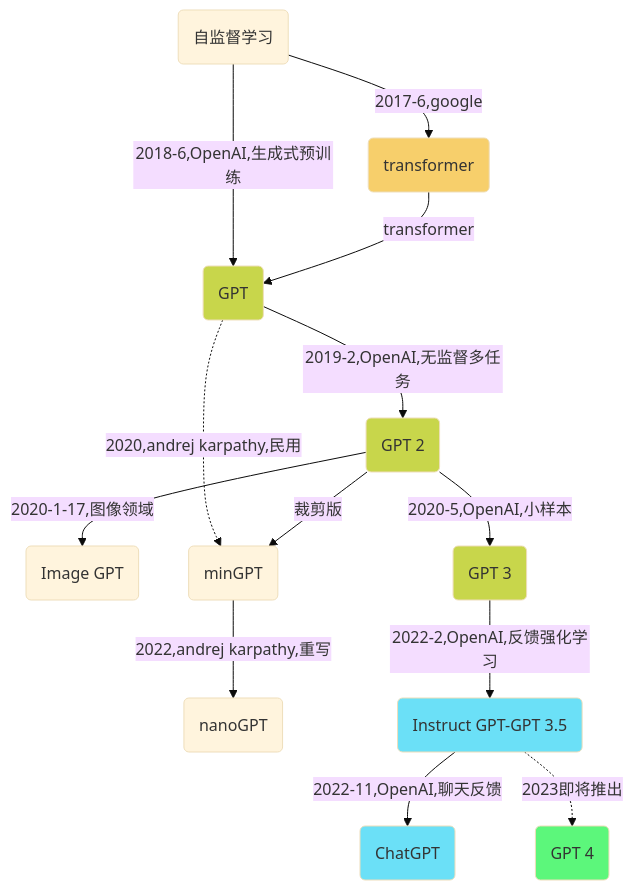
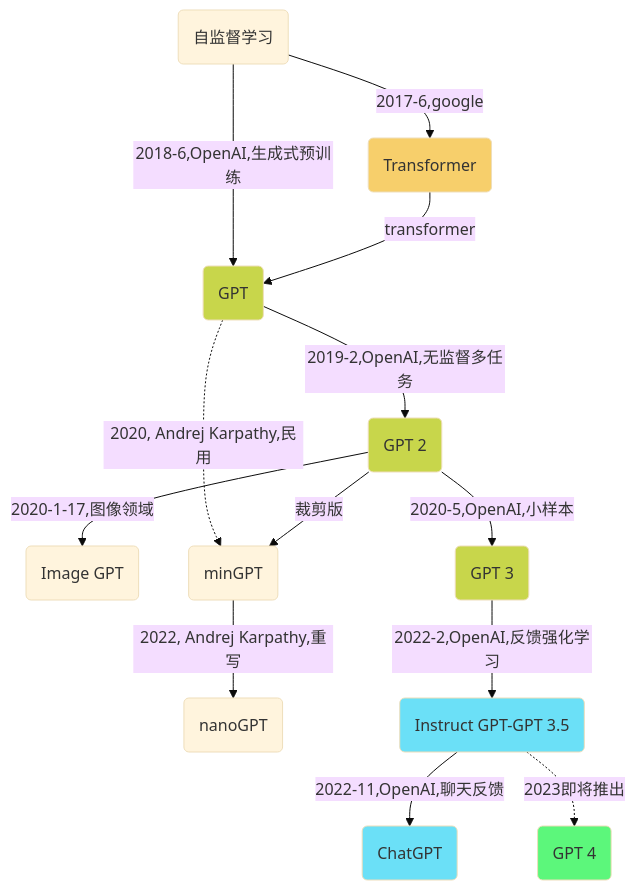
One commit to Gaohaoyang/gaohaoyang.github.io changed the first of 2 diagrams in _posts/2019-12-14-gpt.md. Above: the diagram before and after it, drawn with Mermaid (base theme). The commit also changed other lines of this file, not shown here.

```diff
--- a/_posts/2019-12-14-gpt.md
+++ b/_posts/2019-12-14-gpt.md
@@ -444,22 +443,22 @@
 <div class="mermaid">
     flowchart TD
     %% 节点颜色
     classDef red fill:#f02;
     classDef green fill:#5CF77B;
     classDef blue fill:#6BE0F7;
     classDef orange fill:#F7CF6B;
     classDef grass fill:#C8D64B;
     %%节点关系定义
-    O(自监督学习)-->|2017-6,google|A(transformer):::orange
+    O(自监督学习)-->|2017-6,google|A(Transformer):::orange
     O-->|2018-6,OpenAI,生成式预训练| B
     A-->|transformer|B(GPT):::grass
     B-->|2019-2,OpenAI,无监督多任务|C(GPT 2):::grass
     C-->|2020-1-17,图像领域|H(Image GPT)
-    B-.->|2020,andrej karpathy,民用|B1(minGPT)
-    B1-->|2022,andrej karpathy,重写|B2(nanoGPT)
+    B-.->|2020, Andrej Karpathy,民用|B1(minGPT)
+    B1-->|2022, Andrej Karpathy,重写|B2(nanoGPT)
     C-->|裁剪版|B1
     C-->|2020-5,OpenAI,小样本|D(GPT 3):::grass
     D-->|2022-2,OpenAI,反馈强化学习|E(Instruct GPT-GPT 3.5):::blue
     E-->|2022-11,OpenAI,聊天反馈|F(ChatGPT):::blue
     E-.->|2023即将推出|G(GPT 4):::green
 </div>
```
